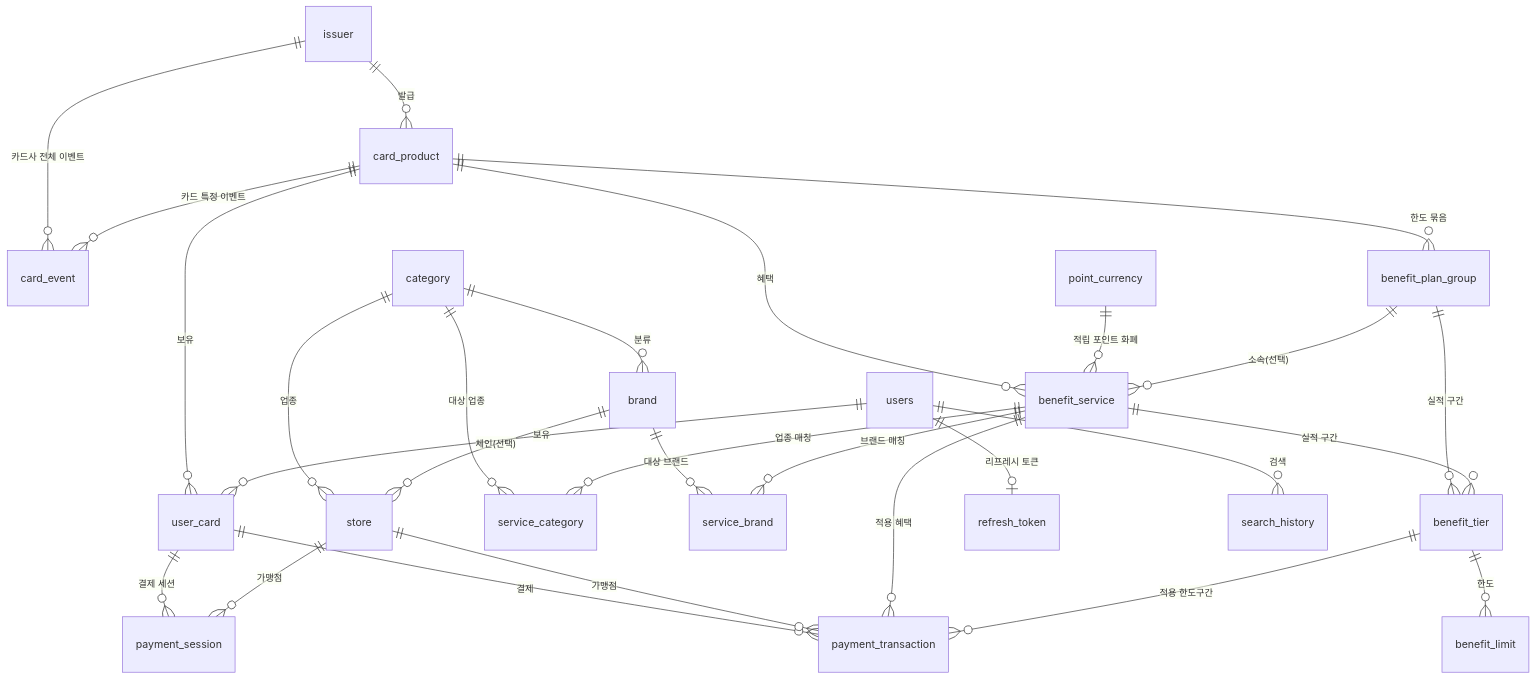
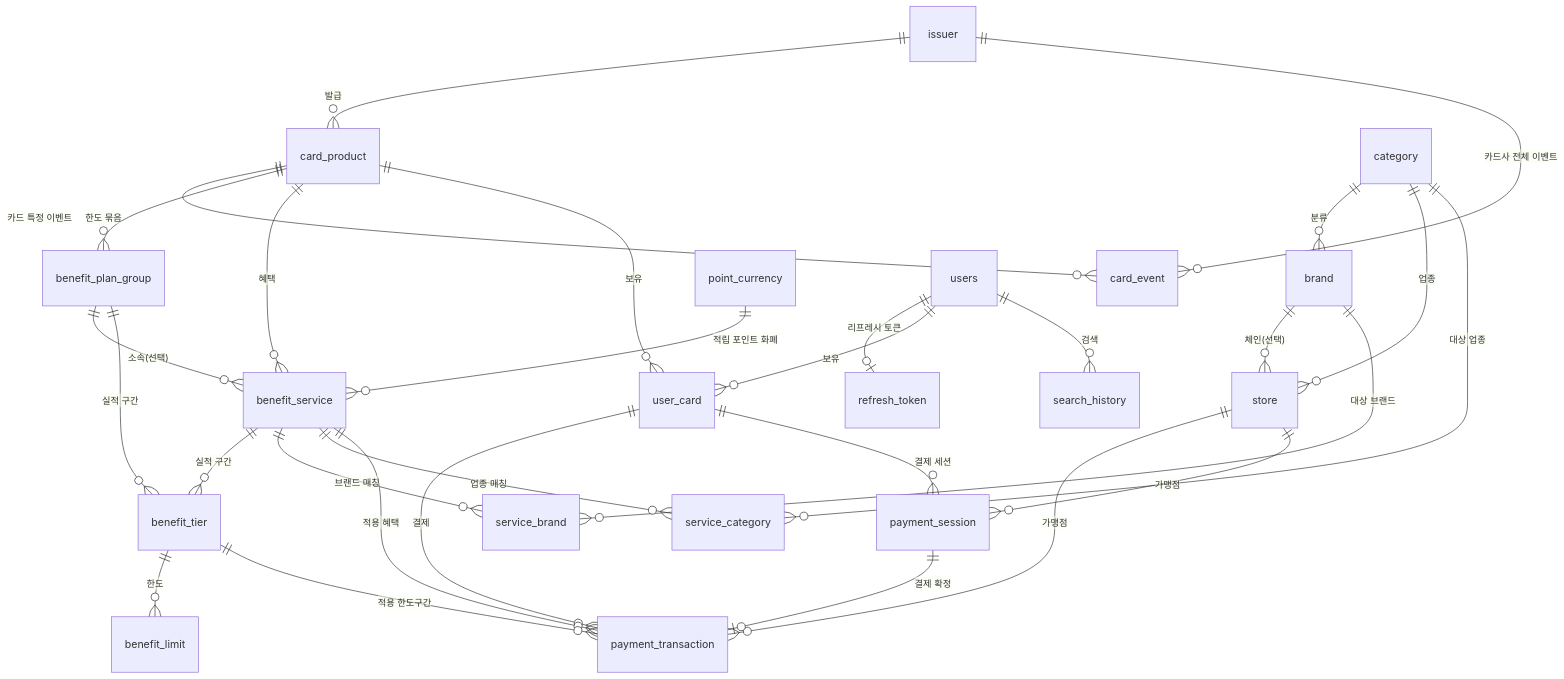
The diagram in docs/erd.md (heartbeat-kb-town/fitwallet-backend), drawn with Mermaid before and after one commit. The commit also changed other lines of this file and 3 other files, not shown here.

First line of the commit message:
chore: 결제 세션 식별자·실패 사유 및 세션-거래 연결 추가 (ERD v25)

````diff
--- a/docs/erd.md
+++ b/docs/erd.md
@@ -26,33 +26,34 @@
 ```mermaid
 erDiagram
     issuer            ||--o{ card_product        : "발급"
     issuer            ||--o{ card_event          : "카드사 전체 이벤트"
     card_product      ||--o{ card_event          : "카드 특정 이벤트"
     card_product      ||--o{ benefit_plan_group  : "한도 묶음"
     card_product      ||--o{ benefit_service     : "혜택"
     card_product      ||--o{ user_card           : "보유"
 
     category          ||--o{ brand               : "분류"
     category          ||--o{ store               : "업종"
     category          ||--o{ service_category    : "대상 업종"
     brand             ||--o{ store               : "체인(선택)"
     brand             ||--o{ service_brand       : "대상 브랜드"
 
     point_currency    ||--o{ benefit_service     : "적립 포인트 화폐"
     benefit_plan_group ||--o{ benefit_service    : "소속(선택)"
     benefit_plan_group ||--o{ benefit_tier       : "실적 구간"
     benefit_service   ||--o{ benefit_tier        : "실적 구간"
     benefit_tier      ||--o{ benefit_limit       : "한도"
     benefit_service   ||--o{ service_brand       : "브랜드 매칭"
     benefit_service   ||--o{ service_category    : "업종 매칭"
 
     users             ||--o| refresh_token       : "리프레시 토큰"
     users             ||--o{ user_card           : "보유"
     users             ||--o{ search_history      : "검색"
     user_card         ||--o{ payment_transaction : "결제"
     user_card         ||--o{ payment_session     : "결제 세션"
     store             ||--o{ payment_transaction : "가맹점"
     store             ||--o{ payment_session     : "가맹점"
     benefit_service   ||--o{ payment_transaction : "적용 혜택"
     benefit_tier      ||--o{ payment_transaction : "적용 한도구간"
+    payment_session   ||--o| payment_transaction : "결제 확정"
 ```
````
